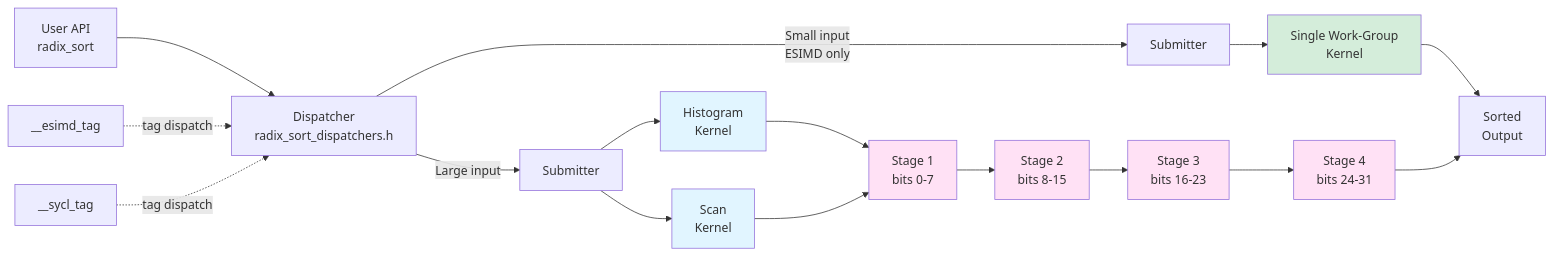
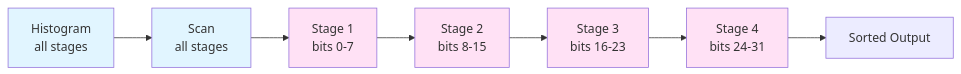
One commit to uxlfoundation/oneDPL changed the second of 3 diagrams in rfcs/experimental/radix_sort_esimd_sycl.md. Above: the diagram before and after it, drawn with Mermaid. The commit also changed other lines of this file, not shown here.

Commit message:
mermaid diagram improvements

````diff
--- a/rfcs/experimental/radix_sort_esimd_sycl.md
+++ b/rfcs/experimental/radix_sort_esimd_sycl.md
@@ -216,33 +84,16 @@
 ```mermaid
 graph LR
-    A[User API<br/>radix_sort] --> B[Dispatcher<br/>radix_sort_dispatchers.h]
+    A[Histogram<br/>all stages] --> B[Scan<br/>all stages]
+    B --> C[Stage 1<br/>bits 0-7]
+    C --> D[Stage 2<br/>bits 8-15]
+    D --> E[Stage 3<br/>bits 16-23]
+    E --> F[Stage 4<br/>bits 24-31]
+    F --> G[Sorted Output]
 
-    B -->|Small input<br/>ESIMD only| C[Submitter]
-    B -->|Large input| D[Submitter]
-
-    C --> E[Single Work-Group<br/>Kernel]
-    E --> J[Sorted<br/>Output]
-
-    D --> F[Histogram<br/>Kernel]
-    D --> G[Scan<br/>Kernel]
-
-    F --> H[Stage 1<br/>bits 0-7]
-    G --> H
-
-    H --> I1[Stage 2<br/>bits 8-15]
-    I1 --> I2[Stage 3<br/>bits 16-23]
-    I2 --> I3[Stage 4<br/>bits 24-31]
-
-    I3 --> J
-
-    K[__esimd_tag] -.->|tag dispatch| B
-    L[__sycl_tag] -.->|tag dispatch| B
-
-    style E fill:#d4edda
-    style F fill:#e1f5ff
-    style G fill:#e1f5ff
-    style H fill:#ffe1f5
-    style I1 fill:#ffe1f5
-    style I2 fill:#ffe1f5
-    style I3 fill:#ffe1f5
+    style A fill:#e1f5ff
+    style B fill:#e1f5ff
+    style C fill:#ffe1f5
+    style D fill:#ffe1f5
+    style E fill:#ffe1f5
+    style F fill:#ffe1f5
 ```
````
